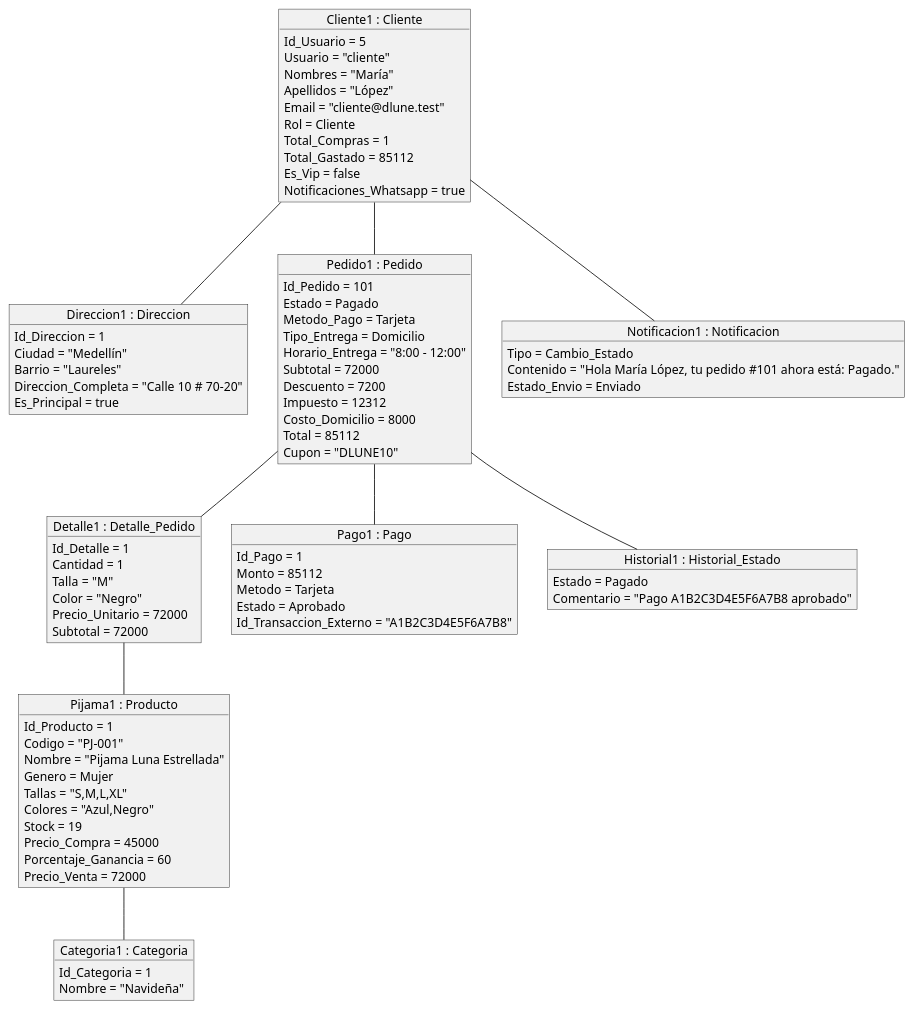
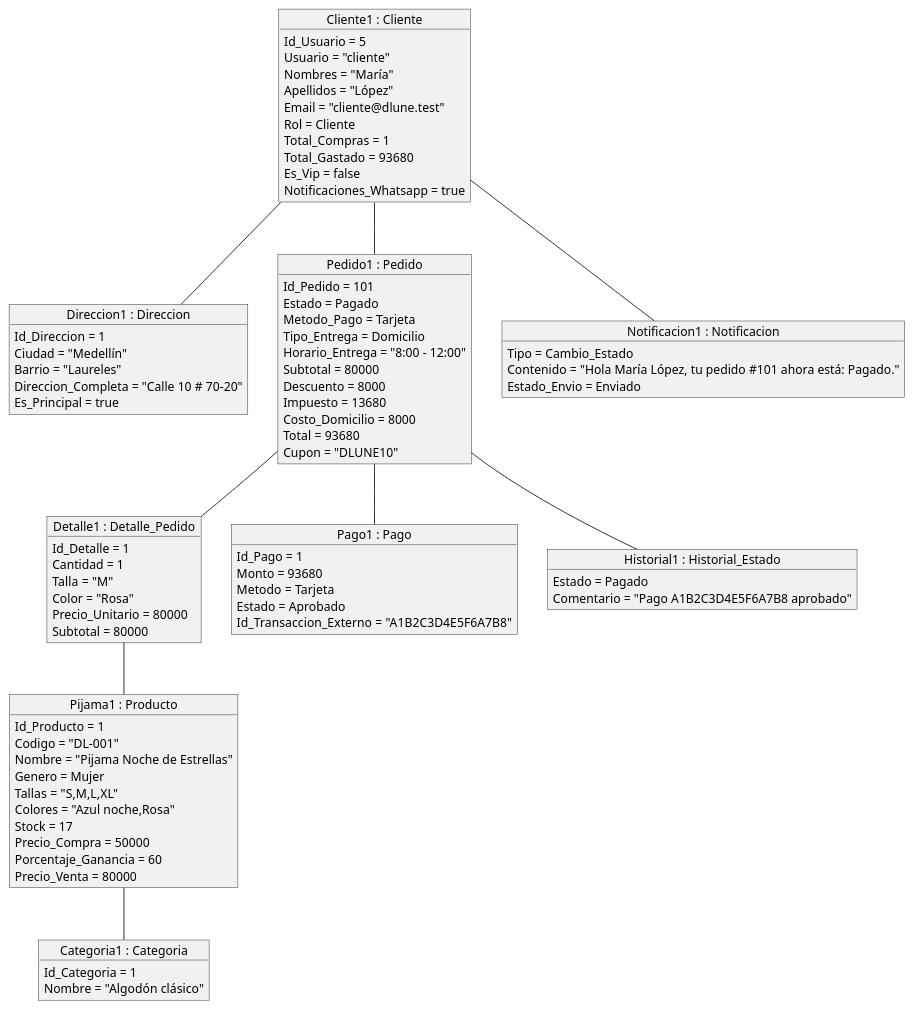
Before and after one commit to santiago203485-blip/Pr_Dlun_e: the diagram in docs/uml/04_diagrama_de_objetos.puml, drawn with PlantUML. The commit also changed 40 other files, not shown here.

```diff
--- a/docs/uml/04_diagrama_de_objetos.puml
+++ b/docs/uml/04_diagrama_de_objetos.puml
@@ -1,95 +1,95 @@
 @startuml Diagrama_De_Objetos_Dlune
 ' Instantánea de una compra en línea con los datos de prueba del proyecto (comando datos_demo)
-' Valores: pijama PJ-001 (precio compra 45.000 + 60% = 72.000), cupón DLUNE10 (10%), impuesto 19%, domicilio Medellín 8.000
-' Total = 72.000 - 7.200 + 12.312 + 8.000 = 85.112
+' Valores: pijama DL-001 (precio compra 50.000 + 60% = 80.000), cupón DLUNE10 (10%), impuesto 19%, domicilio Medellín 8.000
+' Total = 80.000 - 8.000 + 13.680 + 8.000 = 93.680
 
 object "Cliente1 : Cliente" as Cliente1 {
   Id_Usuario = 5
   Usuario = "cliente"
   Nombres = "María"
   Apellidos = "López"
   Email = "cliente@dlune.test"
   Rol = Cliente
   Total_Compras = 1
-  Total_Gastado = 85112
+  Total_Gastado = 93680
   Es_Vip = false
   Notificaciones_Whatsapp = true
 }
 
 object "Categoria1 : Categoria" as Categoria1 {
   Id_Categoria = 1
-  Nombre = "Navideña"
+  Nombre = "Algodón clásico"
 }
 
 object "Pijama1 : Producto" as Pijama1 {
   Id_Producto = 1
-  Codigo = "PJ-001"
-  Nombre = "Pijama Luna Estrellada"
+  Codigo = "DL-001"
+  Nombre = "Pijama Noche de Estrellas"
   Genero = Mujer
   Tallas = "S,M,L,XL"
-  Colores = "Azul,Negro"
-  Stock = 19
-  Precio_Compra = 45000
+  Colores = "Azul noche,Rosa"
+  Stock = 17
+  Precio_Compra = 50000
   Porcentaje_Ganancia = 60
-  Precio_Venta = 72000
+  Precio_Venta = 80000
 }
 
 object "Direccion1 : Direccion" as Direccion1 {
   Id_Direccion = 1
   Ciudad = "Medellín"
   Barrio = "Laureles"
   Direccion_Completa = "Calle 10 # 70-20"
   Es_Principal = true
 }
 
 object "Pedido1 : Pedido" as Pedido1 {
   Id_Pedido = 101
   Estado = Pagado
   Metodo_Pago = Tarjeta
   Tipo_Entrega = Domicilio
   Horario_Entrega = "8:00 - 12:00"
-  Subtotal = 72000
-  Descuento = 7200
-  Impuesto = 12312
+  Subtotal = 80000
+  Descuento = 8000
+  Impuesto = 13680
   Costo_Domicilio = 8000
-  Total = 85112
+  Total = 93680
   Cupon = "DLUNE10"
 }
 
 object "Detalle1 : Detalle_Pedido" as Detalle1 {
   Id_Detalle = 1
   Cantidad = 1
   Talla = "M"
-  Color = "Negro"
-  Precio_Unitario = 72000
-  Subtotal = 72000
+  Color = "Rosa"
+  Precio_Unitario = 80000
+  Subtotal = 80000
 }
 
 object "Pago1 : Pago" as Pago1 {
   Id_Pago = 1
-  Monto = 85112
+  Monto = 93680
   Metodo = Tarjeta
   Estado = Aprobado
   Id_Transaccion_Externo = "A1B2C3D4E5F6A7B8"
 }
 
 object "Historial1 : Historial_Estado" as Historial1 {
   Estado = Pagado
   Comentario = "Pago A1B2C3D4E5F6A7B8 aprobado"
 }
 
 object "Notificacion1 : Notificacion" as Notificacion1 {
   Tipo = Cambio_Estado
   Contenido = "Hola María López, tu pedido #101 ahora está: Pagado."
   Estado_Envio = Enviado
 }
 
 Cliente1 -- Direccion1
 Cliente1 -- Pedido1
 Pedido1 -- Detalle1
 Detalle1 -- Pijama1
 Pijama1 -- Categoria1
 Pedido1 -- Pago1
 Pedido1 -- Historial1
 Cliente1 -- Notificacion1
 @enduml
```
